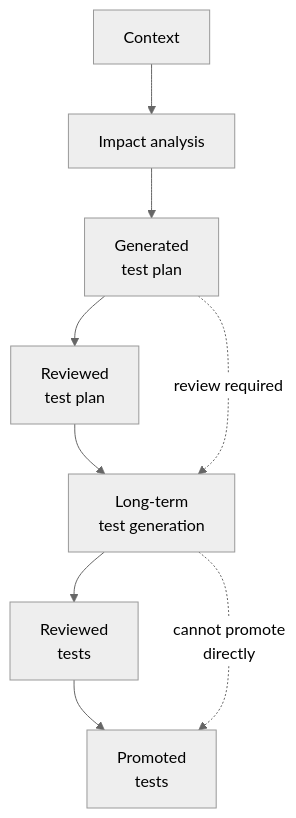
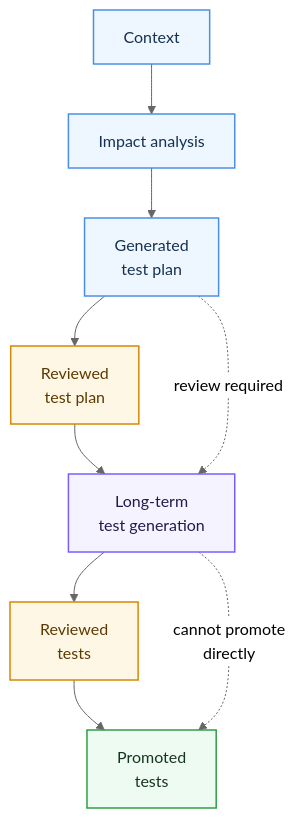
The fourth of 5 diagrams in docs/qa/ai-qc-workflow.md (Qin-BL/quality-platform), drawn with Mermaid (neutral theme) before and after one commit. The commit also changed other lines of this file and 2 other files, not shown here.

Commit message:
Style Mermaid diagrams for readability

```diff
--- a/docs/qa/ai-qc-workflow.md
+++ b/docs/qa/ai-qc-workflow.md
@@ -78,11 +96,19 @@
 ::: mermaid
 graph TD
     A["Context"] --> B["Impact analysis"]
     B --> C["Generated<br/>test plan"]
     C --> D["Reviewed<br/>test plan"]
     D --> E["Long-term<br/>test generation"]
     E --> F["Reviewed<br/>tests"]
     F --> G["Promoted<br/>tests"]
     C -. "review required" .-> E
     E -. "cannot promote<br/>directly" .-> G
+    classDef planning fill:#eef6ff,stroke:#4a90e2,color:#16324f,stroke-width:1.5px;
+    classDef review fill:#fff7e6,stroke:#d48806,color:#5b3a00,stroke-width:1.5px;
+    classDef execution fill:#f5f3ff,stroke:#7c5cff,color:#221b4b,stroke-width:1.5px;
+    classDef lifecycle fill:#eefbf3,stroke:#2f9e44,color:#16351f,stroke-width:1.5px;
+    class A,B,C planning;
+    class D,F review;
+    class E execution;
+    class G lifecycle;
 :::
```
